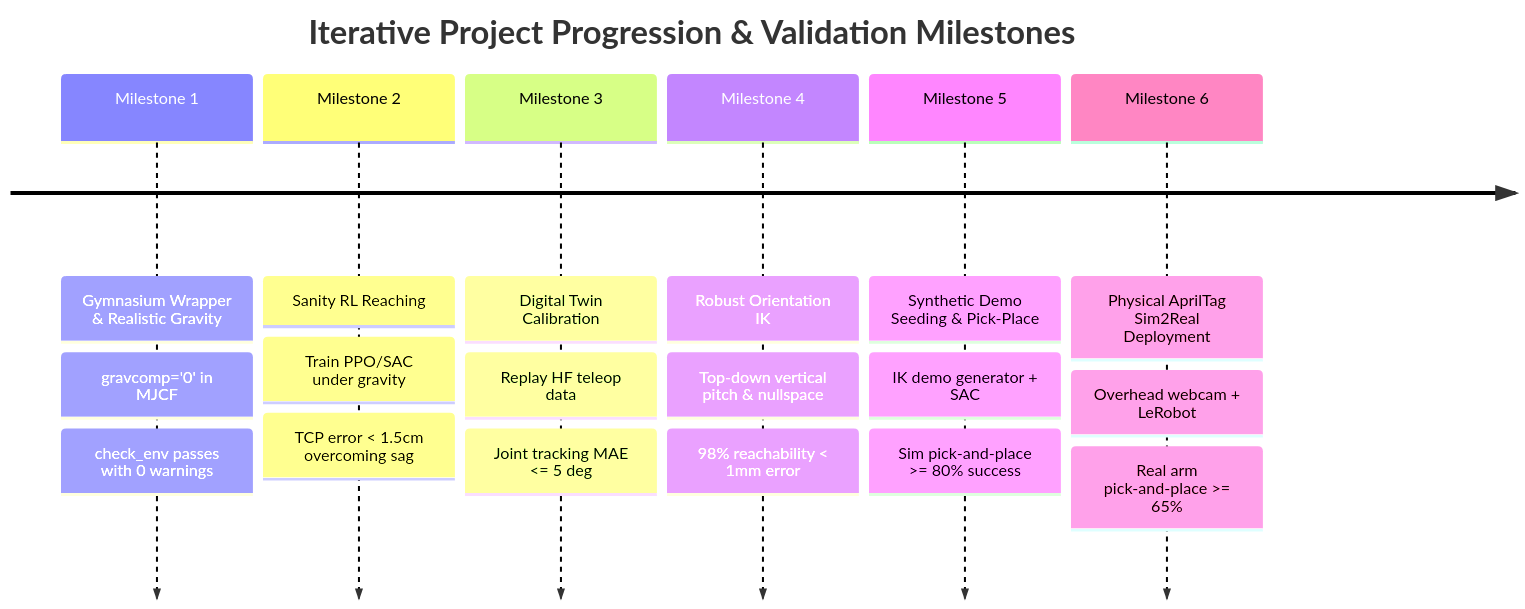
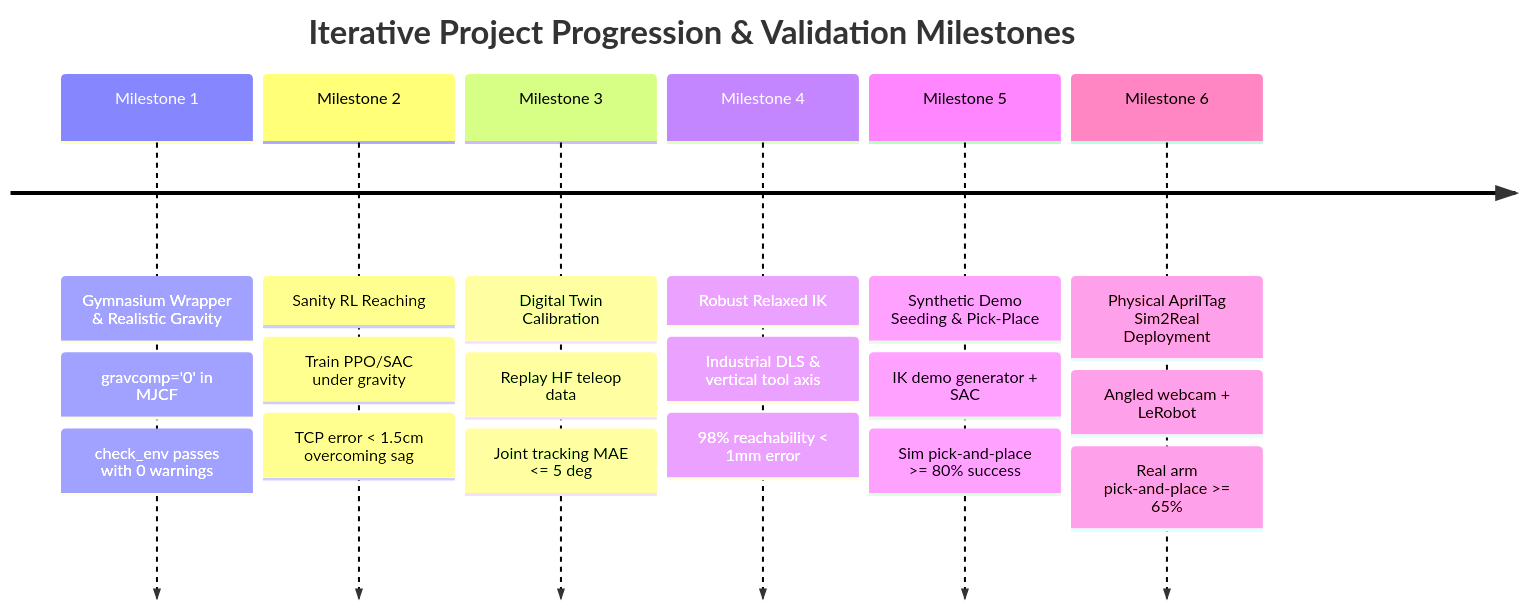
One commit to drenfr01/rbe501_group_project changed the second of 2 diagrams in docs/sim2real_action_plan.md. Above: the diagram before and after it, drawn with Mermaid. The commit also changed other lines of this file, not shown here.

Commit message:
architectural review

````diff
--- a/docs/sim2real_action_plan.md
+++ b/docs/sim2real_action_plan.md
@@ -338,10 +354,10 @@
 ```mermaid
 timeline
     title Iterative Project Progression & Validation Milestones
     Milestone 1 : Gymnasium Wrapper & Realistic Gravity : gravcomp='0' in MJCF : check_env passes with 0 warnings
     Milestone 2 : Sanity RL Reaching : Train PPO/SAC under gravity : TCP error < 1.5cm overcoming sag
     Milestone 3 : Digital Twin Calibration : Replay HF teleop data : Joint tracking MAE <= 5 deg
-    Milestone 4 : Robust Orientation IK : Top-down vertical pitch & nullspace : 98% reachability < 1mm error
+    Milestone 4 : Robust Relaxed IK : Industrial DLS & vertical tool axis : 98% reachability < 1mm error
     Milestone 5 : Synthetic Demo Seeding & Pick-Place : IK demo generator + SAC : Sim pick-and-place >= 80% success
-    Milestone 6 : Physical AprilTag Sim2Real Deployment : Overhead webcam + LeRobot : Real arm pick-and-place >= 65%
+    Milestone 6 : Physical AprilTag Sim2Real Deployment : Angled webcam + LeRobot : Real arm pick-and-place >= 65%
 ```
````
